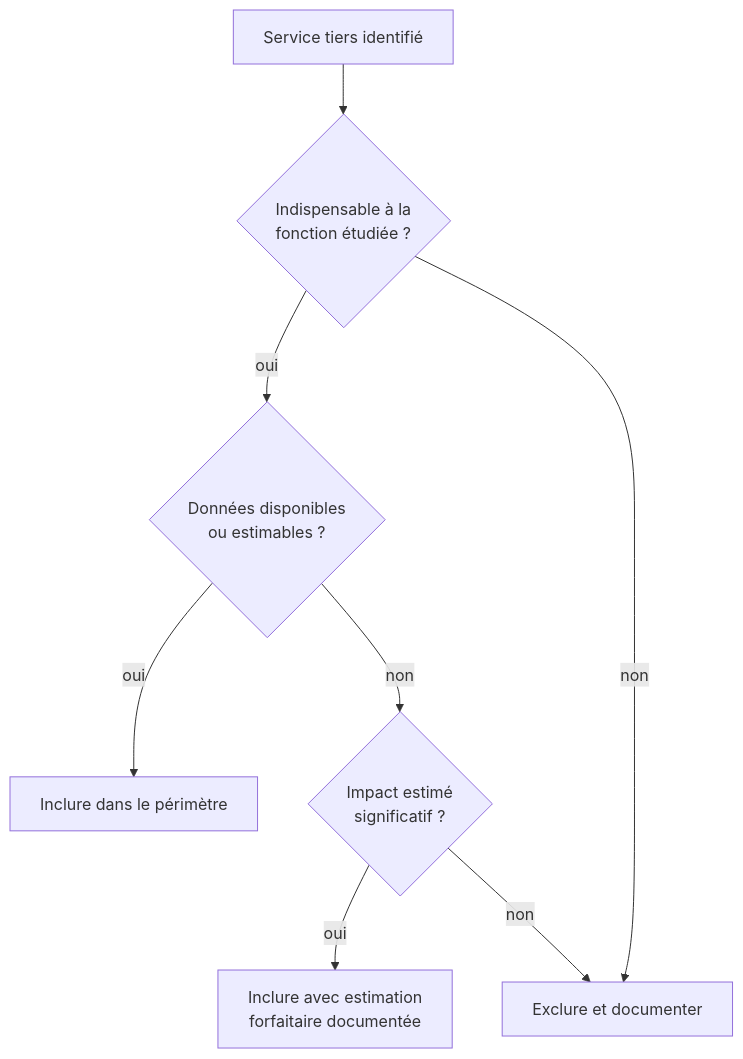
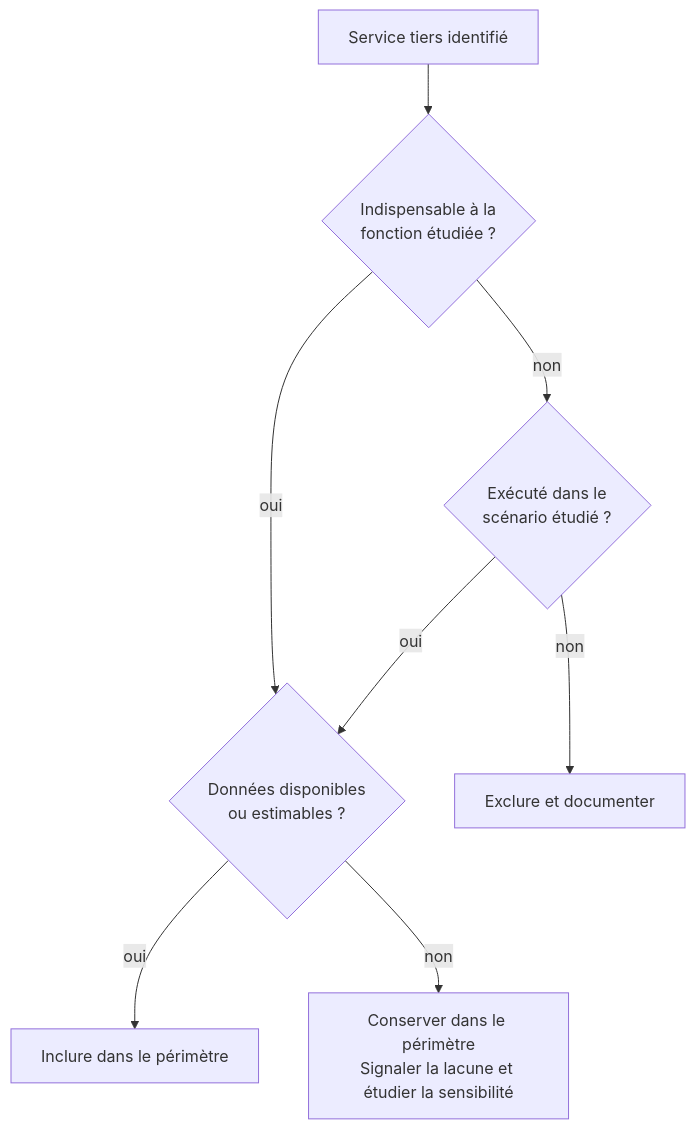
Before and after one commit to digital4better/methodology: the third of 3 diagrams in docs/fondations/perimetre-frontieres-services-tiers-et-unite-d-analyse.md, drawn with Mermaid. The commit also changed other lines of this file and 193 other files, not shown here.

````diff
--- a/docs/fondations/perimetre-frontieres-services-tiers-et-unite-d-analyse.md
+++ b/docs/fondations/perimetre-frontieres-services-tiers-et-unite-d-analyse.md
@@ -116,10 +144,10 @@
 ```mermaid
 flowchart TD
     A[Service tiers identifié] --> B{Indispensable à la<br>fonction étudiée ?}
     B -- oui --> C{Données disponibles<br>ou estimables ?}
-    B -- non --> D[Exclure et documenter]
+    B -- non --> H{Exécuté dans le<br>scénario étudié ?}
+    H -- oui --> C
+    H -- non --> D[Exclure et documenter]
     C -- oui --> E[Inclure dans le périmètre]
-    C -- non --> F{Impact estimé<br>significatif ?}
-    F -- oui --> G[Inclure avec estimation<br>forfaitaire documentée]
-    F -- non --> D
+    C -- non --> U[Conserver dans le périmètre<br>Signaler la lacune et étudier la sensibilité]
 ```
````
